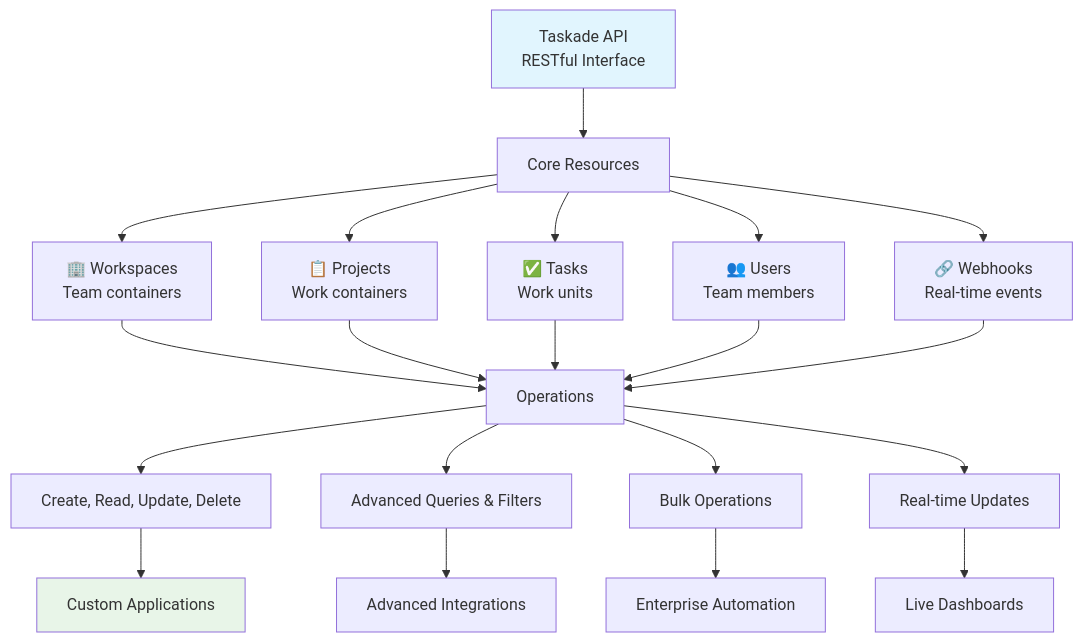
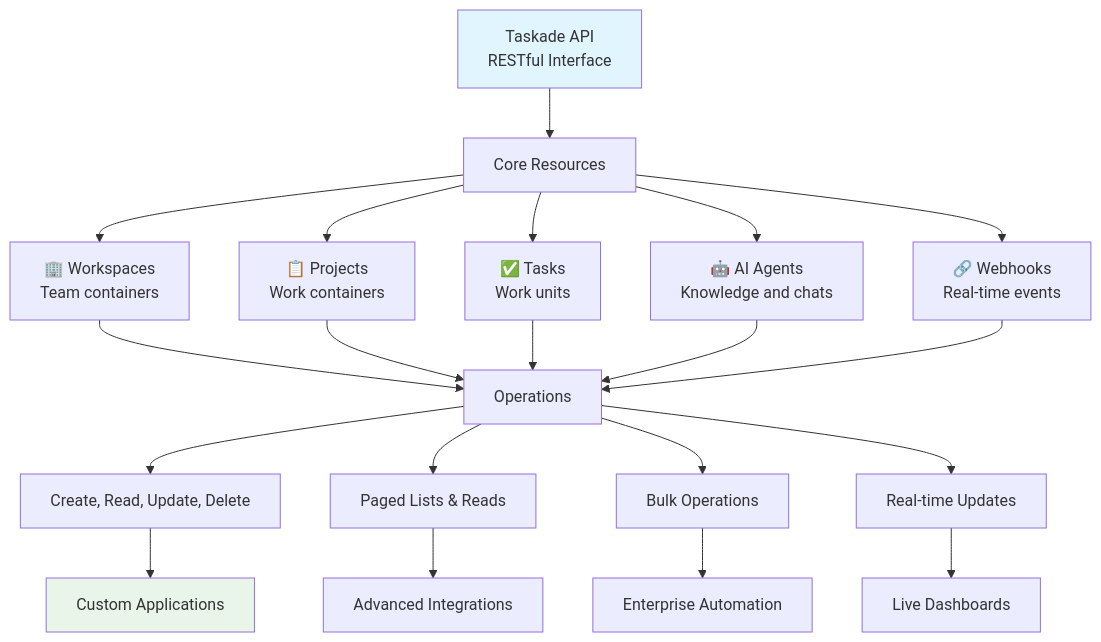
Before and after one commit to taskade/docs: the diagram in help-and-support/index/07_api.md, drawn with Mermaid. The commit also changed other lines of this file and 83 other files, not shown here.

````diff
--- a/help-and-support/index/07_api.md
+++ b/help-and-support/index/07_api.md
@@ -30,29 +30,29 @@
 ```mermaid
 flowchart TD
     API[Taskade API<br/>RESTful Interface] --> RESOURCES[Core Resources]
 
     RESOURCES --> WORKSPACES[🏢 Workspaces<br/>Team containers]
     RESOURCES --> PROJECTS[📋 Projects<br/>Work containers]
     RESOURCES --> TASKS[✅ Tasks<br/>Work units]
-    RESOURCES --> USERS[👥 Users<br/>Team members]
+    RESOURCES --> AGENTS[🤖 AI Agents<br/>Knowledge and chats]
     RESOURCES --> WEBHOOKS[🔗 Webhooks<br/>Real-time events]
 
     WORKSPACES --> OPERATIONS[Operations]
     PROJECTS --> OPERATIONS
     TASKS --> OPERATIONS
-    USERS --> OPERATIONS
+    AGENTS --> OPERATIONS
     WEBHOOKS --> OPERATIONS
 
     OPERATIONS --> CRUD[Create, Read, Update, Delete]
-    OPERATIONS --> QUERY[Advanced Queries & Filters]
+    OPERATIONS --> QUERY[Paged Lists & Reads]
     OPERATIONS --> BATCH[Bulk Operations]
     OPERATIONS --> REALTIME[Real-time Updates]
 
     CRUD --> APPS[Custom Applications]
     QUERY --> INTEGRATIONS[Advanced Integrations]
     BATCH --> AUTOMATION[Enterprise Automation]
     REALTIME --> MONITORING[Live Dashboards]
 
     style API fill:#e1f5fe
     style APPS fill:#e8f5e8
 ```
````
